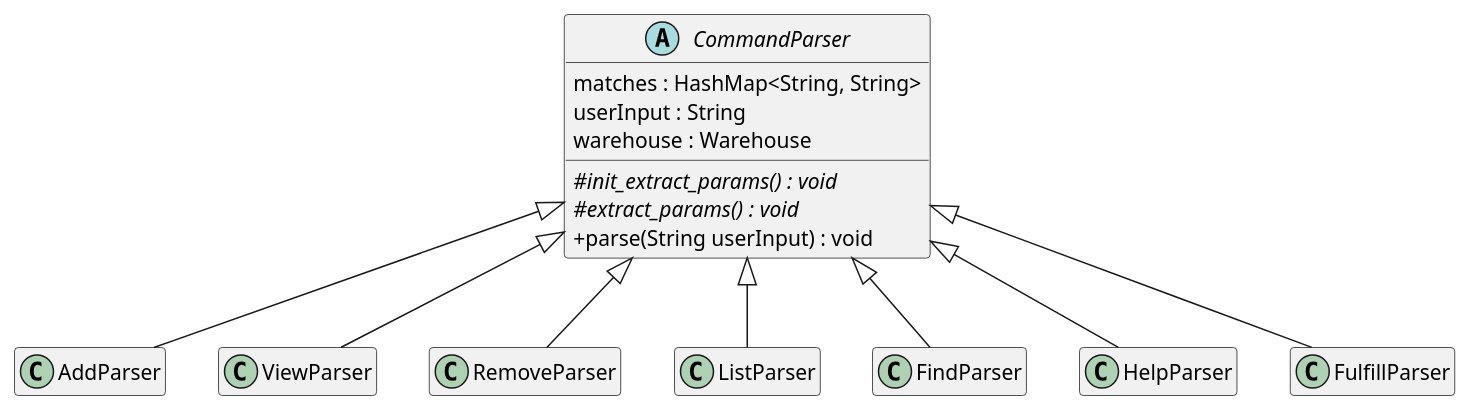
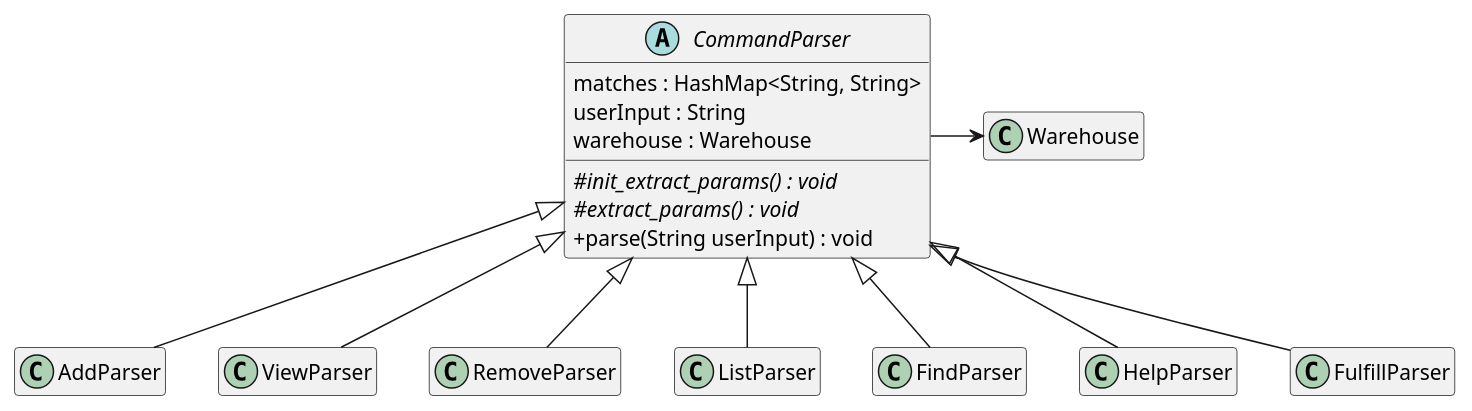
Before and after one commit to nus-cs2113-AY2122S2/tp: the diagram in docs/diagrams/CommandParser.puml, drawn with PlantUML.

```diff
--- a/docs/diagrams/CommandParser.puml
+++ b/docs/diagrams/CommandParser.puml
@@ -1,25 +1,26 @@
 @startuml
 'https://plantuml.com/class-diagram
 skinparam classAttributeIconSize 0
 hide empty members
 
 abstract class CommandParser {
 matches : HashMap<String, String>
 userInput : String
 warehouse : Warehouse
 # {abstract} init_extract_params() : void
 # {abstract} extract_params() : void
 +parse(String userInput) : void
 }
 
 AddParser -up-|> CommandParser
 ViewParser -up-|> CommandParser
 RemoveParser -up-|> CommandParser
 ListParser -up-|> CommandParser
 FindParser -up-|> CommandParser
 HelpParser -up-|> CommandParser
 FulfillParser -up-|> CommandParser
 
+CommandParser -> Warehouse
 
 
 @enduml
```
